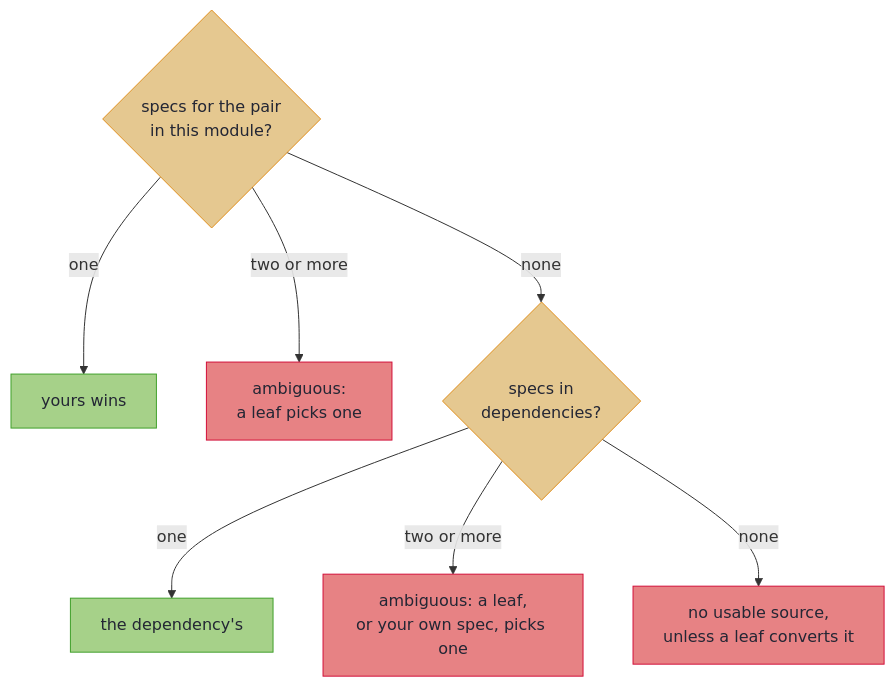
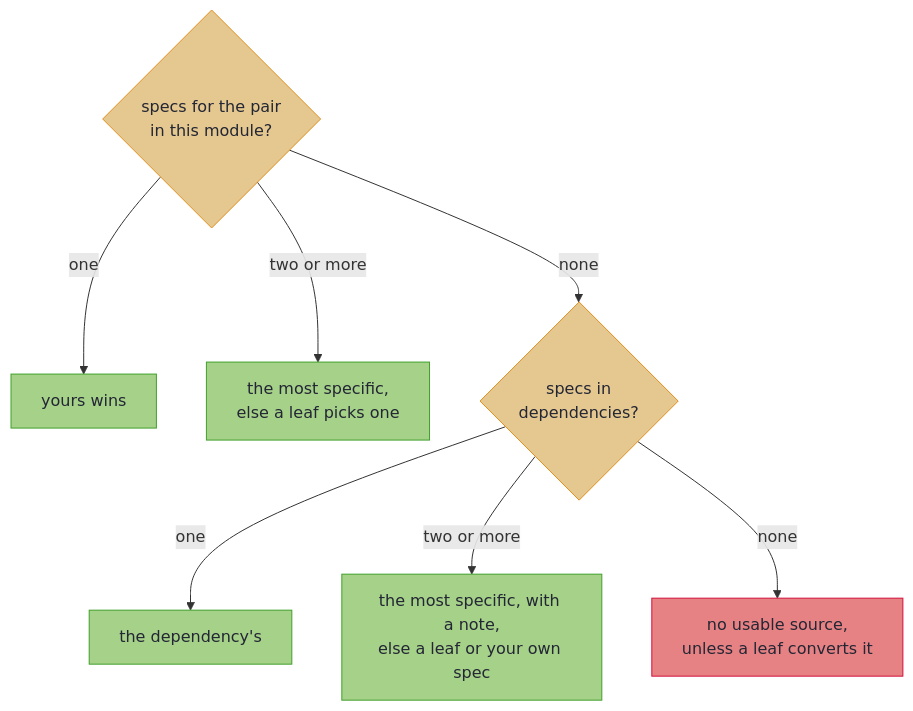
The third of 3 diagrams in hkj-book/src/mapping/structure.md (higher-kinded-j/higher-kinded-j), drawn with Mermaid before and after one commit. The commit also changed other lines of this file and 15 other files, not shown here.

````diff
--- a/hkj-book/src/mapping/structure.md
+++ b/hkj-book/src/mapping/structure.md
@@ -283,18 +283,18 @@
 ```mermaid
 flowchart TD
     accTitle: Which spec maps a pair
-    accDescr: One spec for the pair in this module wins. With none, a single dependency's spec is used. With none anywhere, the pair needs a leaf or the build stops. Two or more in this module are ambiguous until a leaf picks one; two or more in dependencies until a leaf or your own spec picks one.
+    accDescr: One spec for the pair in this module wins. With none, a single dependency's spec is used. With none anywhere, the pair needs a leaf or the build stops. Of two or more at one level, the most specific is used; where none is more specific they are ambiguous until a leaf, or at the dependency level your own spec, picks one.
     Q{"specs for the pair<br/>in this module?"} -->|one| O["yours wins"]
-    Q -->|two or more| A1["ambiguous:<br/>a leaf picks one"]
+    Q -->|two or more| A1["the most specific,<br/>else a leaf picks one"]
     Q -->|none| D{"specs in<br/>dependencies?"}
     D -->|one| U["the dependency's"]
-    D -->|two or more| A2["ambiguous: a leaf,<br/>or your own spec, picks one"]
+    D -->|two or more| A2["the most specific, with a note,<br/>else a leaf or your own spec"]
     D -->|none| N["no usable source,<br/>unless a leaf converts it"]
 
     classDef decision fill:#e5c890,stroke:#df8e1d,color:#232634
     classDef tier fill:#a6d189,stroke:#40a02b,color:#232634
     classDef error fill:#e78284,stroke:#d20f39,color:#232634
     class Q,D decision
-    class O,U tier
-    class A1,A2,N error
+    class O,U,A1,A2 tier
+    class N error
 ```
````
